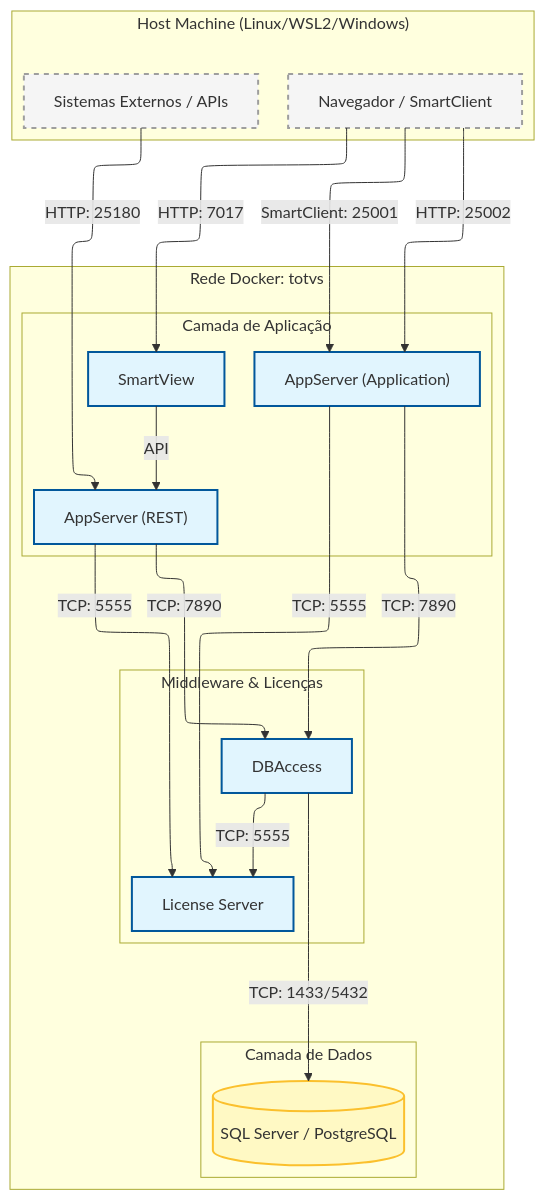
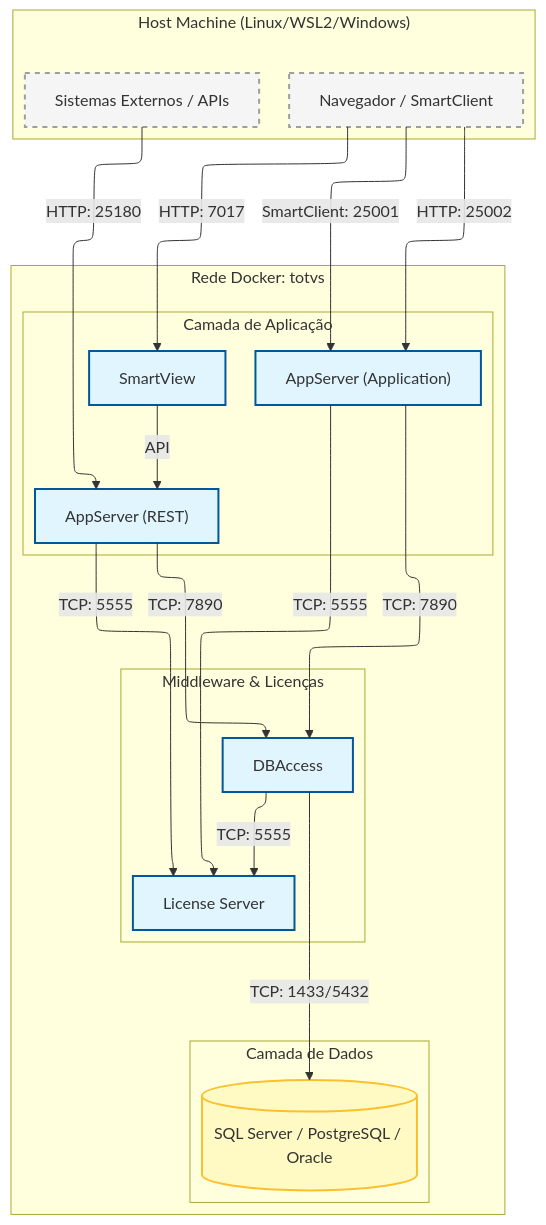
Before and after one commit to juliansantosinfo/TOTVS-Protheus-in-Docker: the diagram in README.md, drawn with Mermaid. The commit also changed other lines of this file and 69 other files, not shown here.

````diff
--- a/README.md
+++ b/README.md
@@ -48,51 +48,51 @@
 ```mermaid
 ---
 config:
   layout: elk
 ---
 flowchart TB
  subgraph Host["Host Machine (Linux/WSL2/Windows)"]
         Browser["Navegador / SmartClient"]
         ExternalAPI["Sistemas Externos / APIs"]
   end
  subgraph Databases["Camada de Dados"]
-        DB[("SQL Server / PostgreSQL")]
+        DB[("SQL Server / PostgreSQL / Oracle")]
   end
  subgraph Middleware["Middleware & Licenças"]
         DBA["DBAccess"]
         LIC["License Server"]
   end
  subgraph Application["Camada de Aplicação"]
         APP["AppServer (Application)"]
         REST["AppServer (REST)"]
         SmartView["SmartView"]
   end
  subgraph DockerNetwork["Rede Docker: totvs"]
         Databases
         Middleware
         Application
   end
     Browser -- HTTP: 25002 --> APP
     Browser -- SmartClient: 25001 --> APP
     Browser -- HTTP: 7017 --> SmartView
     ExternalAPI -- HTTP: 25180 --> REST
     APP -- TCP: 7890 --> DBA
     REST -- TCP: 7890 --> DBA
     SmartView -- API --> REST
     APP -- TCP: 5555 --> LIC
     REST -- TCP: 5555 --> LIC
     DBA -- TCP: 5555 --> LIC
     DBA -- TCP: 1433/5432 --> DB
 
      Browser:::host
      ExternalAPI:::host
      DB:::db
      DBA:::container
      LIC:::container
      APP:::container
      REST:::container
      SmartView:::container
     classDef container fill:#e1f5fe,stroke:#01579b,stroke-width:2px
     classDef db fill:#fff9c4,stroke:#fbc02d,stroke-width:2px
     classDef host fill:#f5f5f5,stroke:#9e9e9e,stroke-width:2px,stroke-dasharray: 5 5
 ```
````
